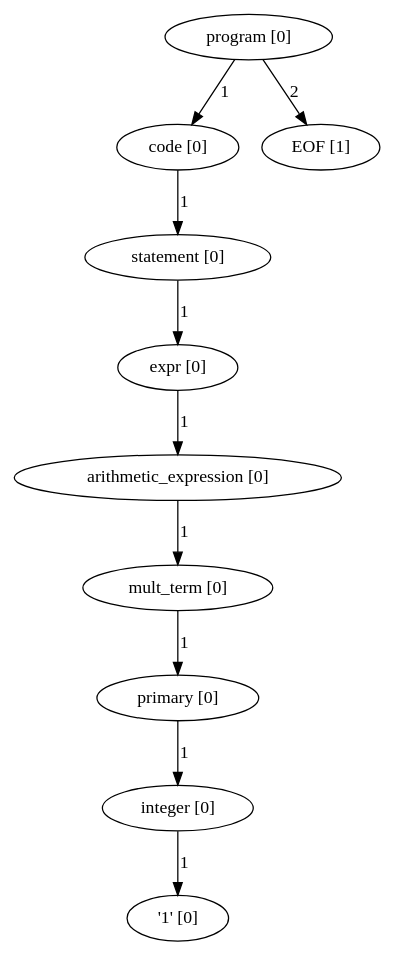
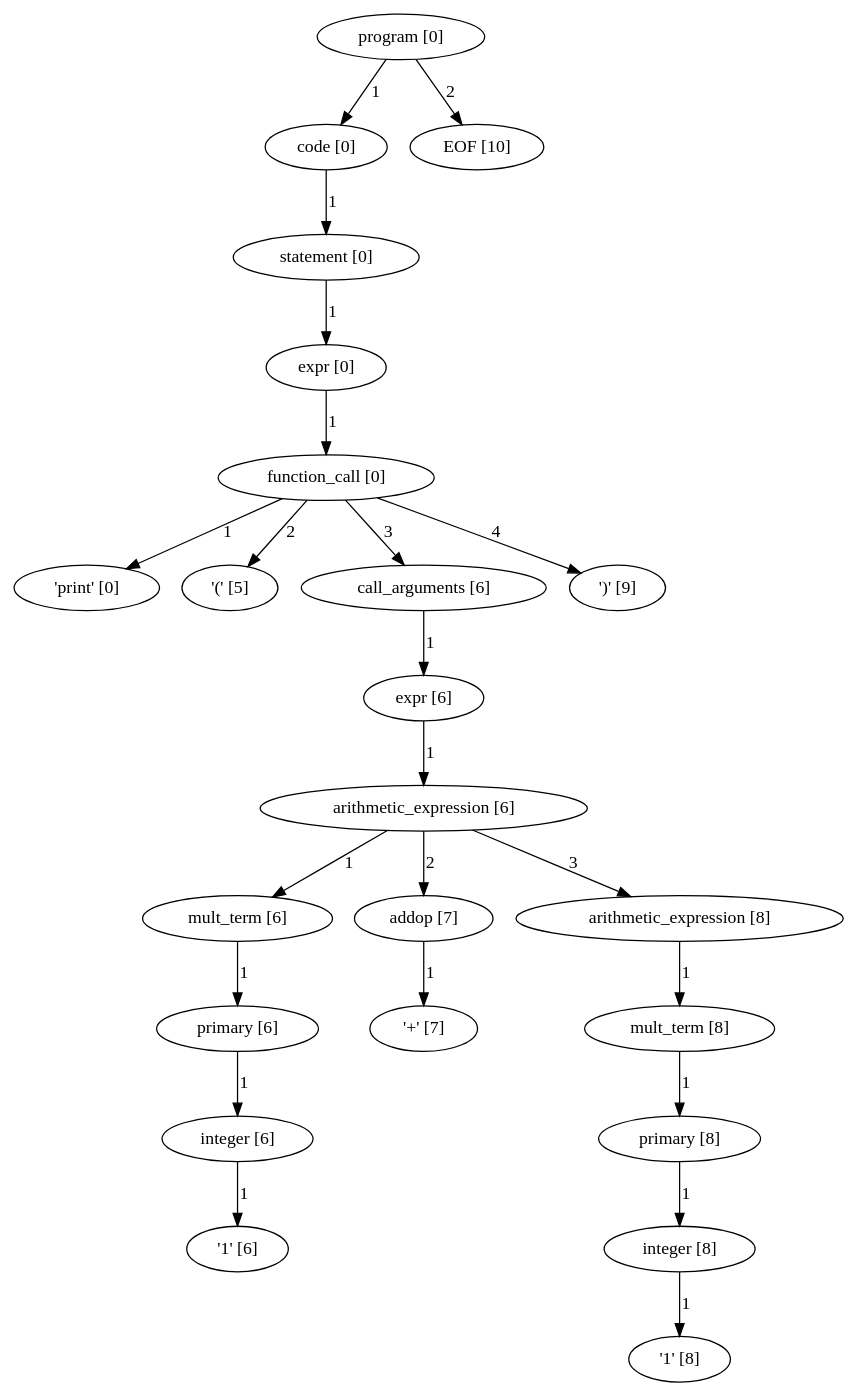
One commit to pragdave/cs3342_smurf changed the diagram in RealProject/program_parse_tree.dot. Above: the diagram before and after it, drawn with Graphviz. The commit also changed 750 other files, not shown here.

```diff
--- a/RealProject/program_parse_tree.dot
+++ b/RealProject/program_parse_tree.dot
@@ -1,30 +1,69 @@
 digraph arpeggio_graph {
-2582781586288 [label="program [0]"];
-2582781586288->2582781586152 [label="1"]
+2414814424328 [label="program [0]"];
+2414814424328->2414814424464 [label="1"]
 
-2582781586152 [label="code [0]"];
-2582781586152->2582781586016 [label="1"]
+2414814424464 [label="code [0]"];
+2414814424464->2414841483472 [label="1"]
 
-2582781586016 [label="statement [0]"];
-2582781586016->2582781585880 [label="1"]
+2414841483472 [label="statement [0]"];
+2414841483472->2414841483336 [label="1"]
 
-2582781585880 [label="expr [0]"];
-2582781585880->2582781585744 [label="1"]
+2414841483336 [label="expr [0]"];
+2414841483336->2414814588712 [label="1"]
 
-2582781585744 [label="arithmetic_expression [0]"];
-2582781585744->2582781585608 [label="1"]
+2414814588712 [label="function_call [0]"];
+2414814588712->2414814384920 [label="1"]
 
-2582781585608 [label="mult_term [0]"];
-2582781585608->2582781585472 [label="1"]
+2414814384920 [label=" 'print' [0]"];
+2414814588712->2414814385040 [label="2"]
 
-2582781585472 [label="primary [0]"];
-2582781585472->2582781584384 [label="1"]
+2414814385040 [label=" '(' [5]"];
+2414814588712->2414814588576 [label="3"]
 
-2582781584384 [label="integer [0]"];
-2582781584384->2582780988896 [label="1"]
+2414814588576 [label="call_arguments [6]"];
+2414814588576->2414814588440 [label="1"]
 
-2582780988896 [label=" '1' [0]"];
-2582781586288->2582780989016 [label="2"]
+2414814588440 [label="expr [6]"];
+2414814588440->2414814588304 [label="1"]
 
-2582780989016 [label="EOF [1]"];
+2414814588304 [label="arithmetic_expression [6]"];
+2414814588304->2414814586672 [label="1"]
+
+2414814586672 [label="mult_term [6]"];
+2414814586672->2414814586536 [label="1"]
+
+2414814586536 [label="primary [6]"];
+2414814586536->2414814586400 [label="1"]
+
+2414814586400 [label="integer [6]"];
+2414814586400->2414814385880 [label="1"]
+
+2414814385880 [label=" '1' [6]"];
+2414814588304->2414814586808 [label="2"]
+
+2414814586808 [label="addop [7]"];
+2414814586808->2414814386000 [label="1"]
+
+2414814386000 [label=" '+' [7]"];
+2414814588304->2414814588168 [label="3"]
+
+2414814588168 [label="arithmetic_expression [8]"];
+2414814588168->2414814588032 [label="1"]
+
+2414814588032 [label="mult_term [8]"];
+2414814588032->2414814587896 [label="1"]
+
+2414814587896 [label="primary [8]"];
+2414814587896->2414814585992 [label="1"]
+
+2414814585992 [label="integer [8]"];
+2414814585992->2414814386480 [label="1"]
+
+2414814386480 [label=" '1' [8]"];
+2414814588712->2414814386600 [label="4"]
+
+2414814386600 [label=" ')' [9]"];
+2414814424328->2414814385160 [label="2"]
+
+2414814385160 [label="EOF [10]"];
 }
```
